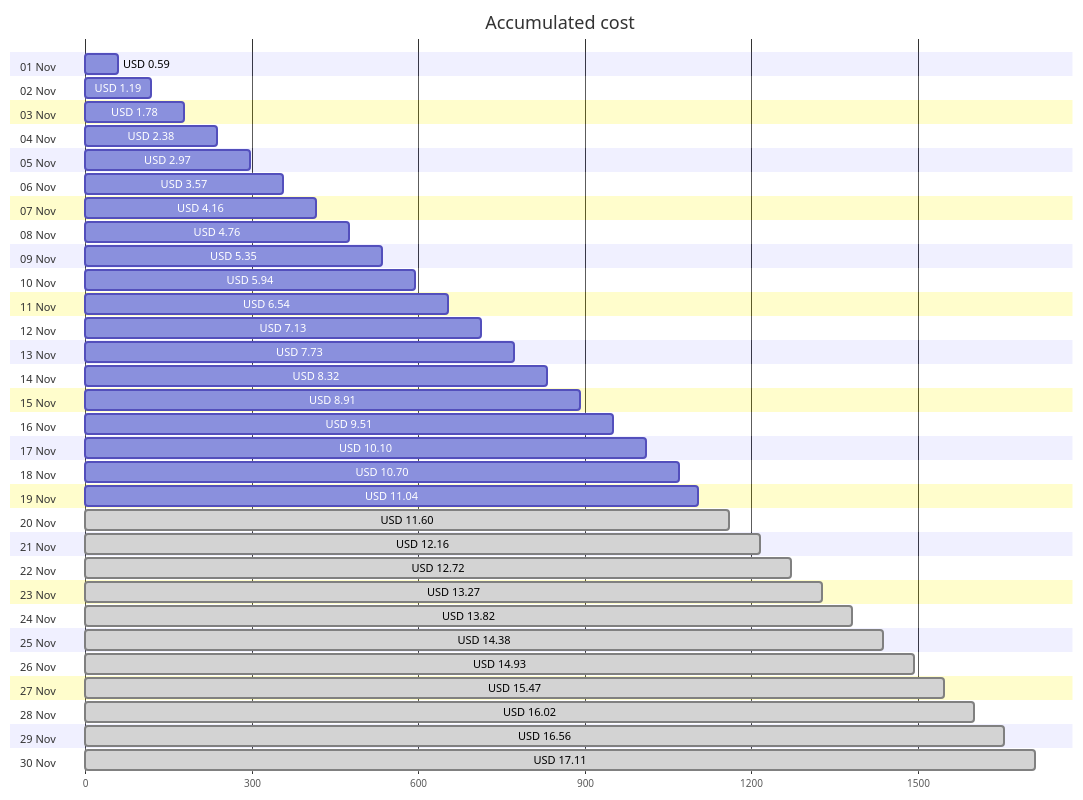
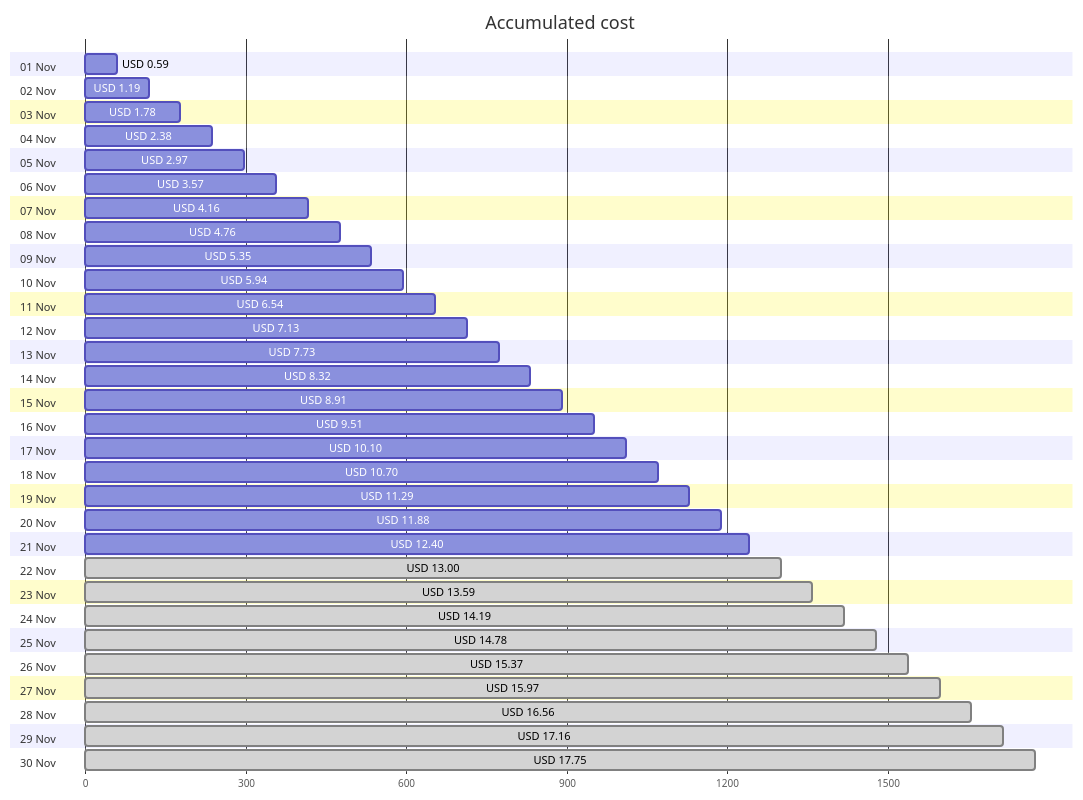
Before and after one commit to jpfulton/azure-personal-reports: the first of 4 diagrams in cost-reports/personal-site/README.md, drawn with Mermaid. The commit also changed other lines of this file and 7 other files, not shown here.

````diff
--- a/cost-reports/personal-site/README.md
+++ b/cost-reports/personal-site/README.md
@@ -20,66 +20,66 @@
 ```mermaid
 gantt
    title Accumulated cost
    dateFormat  X
    axisFormat %s
    section 01 Nov
    USD 0.59 :0, 59
    section 02 Nov
    USD 1.19 :0, 119
    section 03 Nov
    USD 1.78 :0, 178
    section 04 Nov
    USD 2.38 :0, 238
    section 05 Nov
    USD 2.97 :0, 297
    section 06 Nov
    USD 3.57 :0, 357
    section 07 Nov
    USD 4.16 :0, 416
    section 08 Nov
    USD 4.76 :0, 476
    section 09 Nov
    USD 5.35 :0, 535
    section 10 Nov
    USD 5.94 :0, 594
    section 11 Nov
    USD 6.54 :0, 654
    section 12 Nov
    USD 7.13 :0, 713
    section 13 Nov
    USD 7.73 :0, 773
    section 14 Nov
    USD 8.32 :0, 832
    section 15 Nov
    USD 8.91 :0, 891
    section 16 Nov
    USD 9.51 :0, 951
    section 17 Nov
    USD 10.10 :0, 1010
    section 18 Nov
    USD 10.70 :0, 1070
    section 19 Nov
-   USD 11.04 :0, 1104
+   USD 11.29 :0, 1129
    section 20 Nov
-   USD 11.60 : done, 0, 1160
+   USD 11.88 :0, 1188
    section 21 Nov
-   USD 12.16 : done, 0, 1216
+   USD 12.40 :0, 1240
    section 22 Nov
-   USD 12.72 : done, 0, 1272
+   USD 13.00 : done, 0, 1300
    section 23 Nov
-   USD 13.27 : done, 0, 1327
+   USD 13.59 : done, 0, 1359
    section 24 Nov
-   USD 13.82 : done, 0, 1382
+   USD 14.19 : done, 0, 1419
    section 25 Nov
-   USD 14.38 : done, 0, 1438
+   USD 14.78 : done, 0, 1478
    section 26 Nov
-   USD 14.93 : done, 0, 1493
+   USD 15.37 : done, 0, 1537
    section 27 Nov
-   USD 15.47 : done, 0, 1547
+   USD 15.97 : done, 0, 1597
    section 28 Nov
-   USD 16.02 : done, 0, 1602
+   USD 16.56 : done, 0, 1656
    section 29 Nov
-   USD 16.56 : done, 0, 1656
+   USD 17.16 : done, 0, 1716
    section 30 Nov
-   USD 17.11 : done, 0, 1711
+   USD 17.75 : done, 0, 1775
 ```
````
